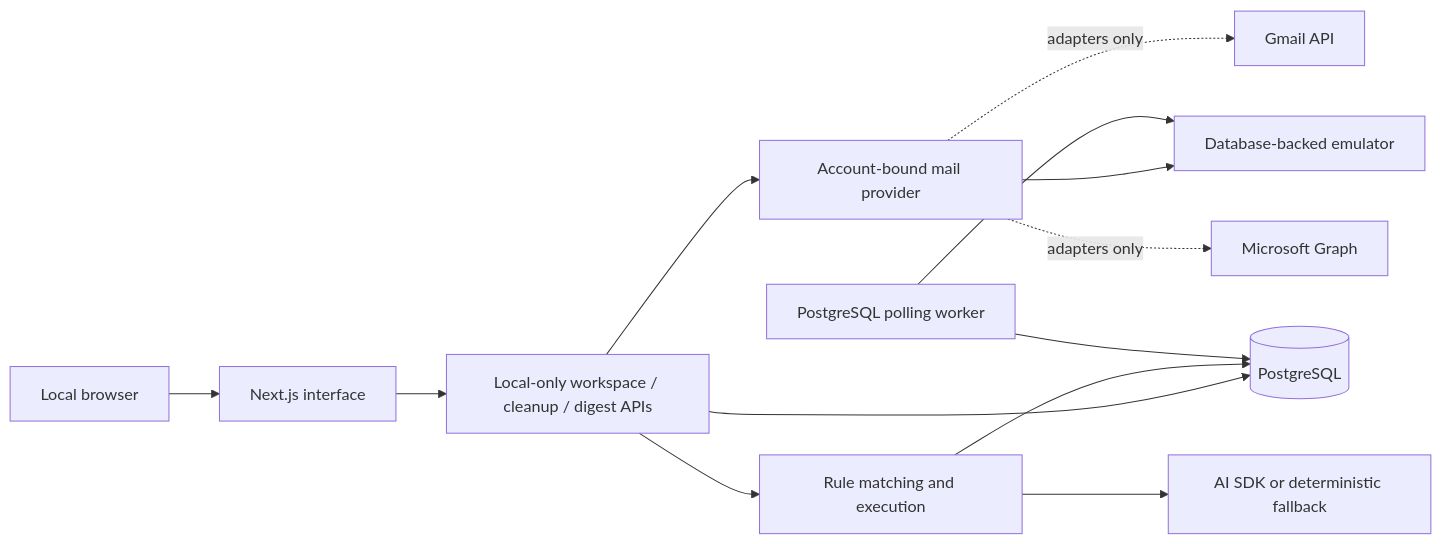
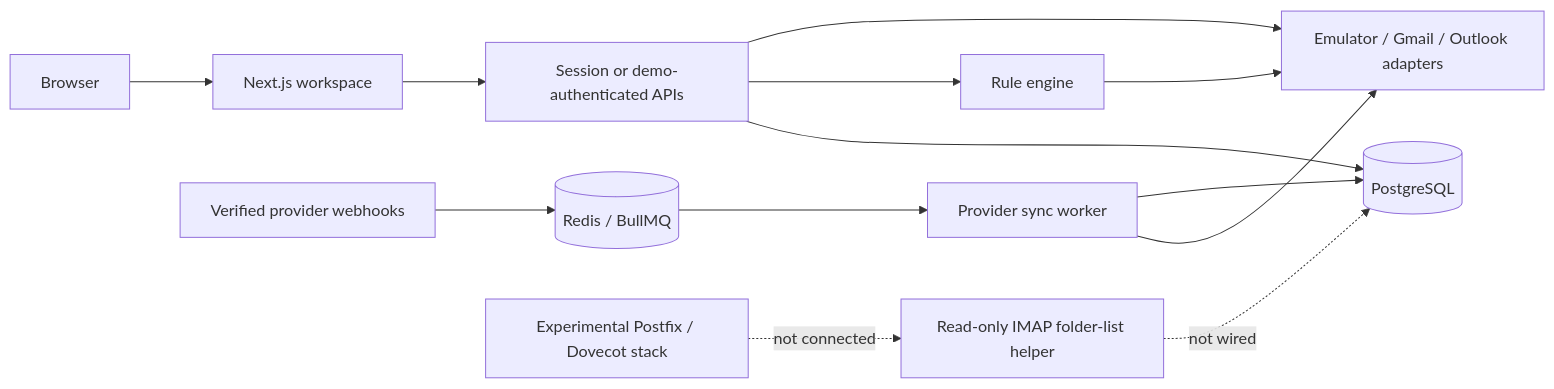
The diagram in docs/CURRENT_ARCHITECTURE.md (anilpervaiz/open-inbox-zero), drawn with Mermaid before and after one commit. The commit also changed other lines of this file and 12 other files, not shown here.

````diff
--- a/docs/CURRENT_ARCHITECTURE.md
+++ b/docs/CURRENT_ARCHITECTURE.md
@@ -5,15 +5,15 @@
 ```mermaid
 flowchart LR
-    Browser[Local browser] --> UI[Next.js interface]
-    UI --> API[Local-only workspace / cleanup / digest APIs]
-    API --> DB[(PostgreSQL)]
-    API --> Provider[Account-bound mail provider]
-    Provider --> Emulator[Database-backed emulator]
-    Provider -. adapters only .-> Gmail[Gmail API]
-    Provider -. adapters only .-> Outlook[Microsoft Graph]
-    API --> Pipeline[Rule matching and execution]
-    Pipeline --> AI[AI SDK or deterministic fallback]
-    Pipeline --> DB
-    Worker[PostgreSQL polling worker] --> DB
-    Worker --> Emulator
+  Browser --> UI[Next.js workspace]
+  UI --> API[Session or demo-authenticated APIs]
+  API --> DB[(PostgreSQL)]
+  API --> Engine[Rule engine]
+  API --> Providers[Emulator / Gmail / Outlook adapters]
+  Engine --> Providers
+  Hooks[Verified provider webhooks] --> Queue[(Redis / BullMQ)]
+  Queue --> Sync[Provider sync worker]
+  Sync --> Providers
+  Sync --> DB
+  IMAP[Read-only IMAP folder-list helper] -. not wired .-> DB
+  Mail[Experimental Postfix / Dovecot stack] -. not connected .-> IMAP
 ```
````
